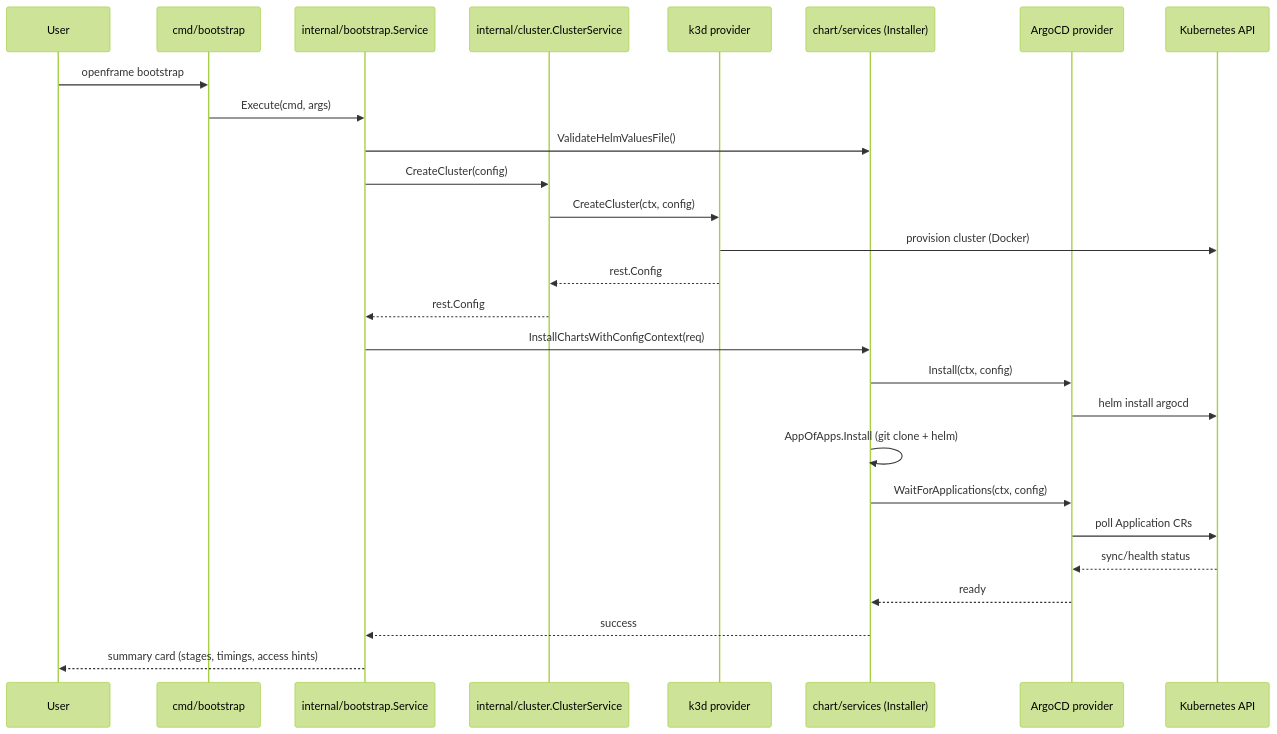
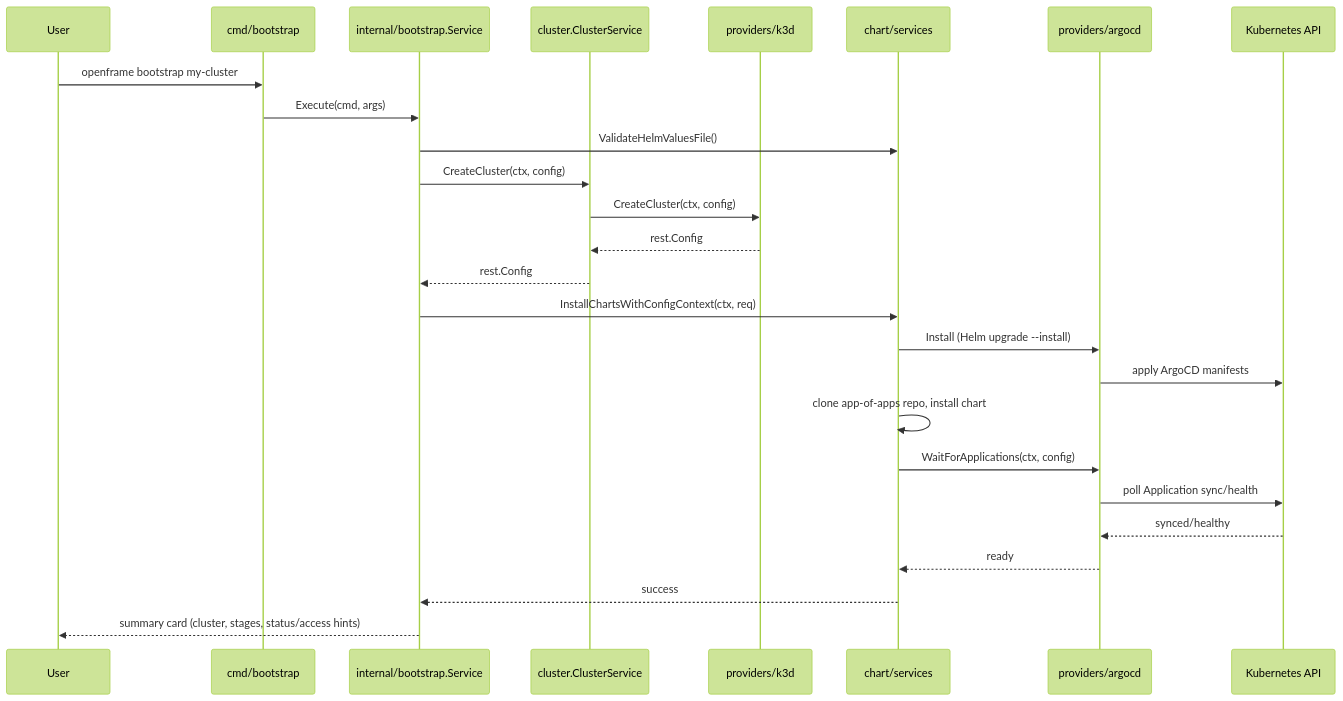
Before and after one commit to flamingo-stack/openframe-cli: the diagram in docs/diagrams/architecture/bootstrap-sequence.mmd, drawn with Mermaid (forest theme). The commit also changed 27 other files, not shown here.

```diff
--- a/docs/diagrams/architecture/bootstrap-sequence.mmd
+++ b/docs/diagrams/architecture/bootstrap-sequence.mmd
@@ -1,28 +1,27 @@
 sequenceDiagram
     participant User
-    participant CLI as cmd/bootstrap
-    participant Boot as internal/bootstrap.Service
-    participant Cluster as internal/cluster.ClusterService
-    participant K3d as k3d provider
-    participant Chart as chart/services (Installer)
-    participant ArgoCD as ArgoCD provider
-    participant K8s as Kubernetes API
+    participant CmdBootstrap as cmd/bootstrap
+    participant BootstrapSvc as internal/bootstrap.Service
+    participant ClusterSvc as cluster.ClusterService
+    participant K3dProvider as providers/k3d
+    participant ChartSvc as chart/services
+    participant ArgoCD as providers/argocd
+    participant K8sAPI as Kubernetes API
 
-    User->>CLI: openframe bootstrap
-    CLI->>Boot: Execute(cmd, args)
-    Boot->>Chart: ValidateHelmValuesFile()
-    Boot->>Cluster: CreateCluster(config)
-    Cluster->>K3d: CreateCluster(ctx, config)
-    K3d->>K8s: provision cluster (Docker)
-    K3d-->>Cluster: rest.Config
-    Cluster-->>Boot: rest.Config
-    Boot->>Chart: InstallChartsWithConfigContext(req)
-    Chart->>ArgoCD: Install(ctx, config)
-    ArgoCD->>K8s: helm install argocd
-    Chart->>Chart: AppOfApps.Install (git clone + helm)
-    Chart->>ArgoCD: WaitForApplications(ctx, config)
-    ArgoCD->>K8s: poll Application CRs
-    K8s-->>ArgoCD: sync/health status
-    ArgoCD-->>Chart: ready
-    Chart-->>Boot: success
-    Boot-->>User: summary card (stages, timings, access hints)
+    User->>CmdBootstrap: openframe bootstrap my-cluster
+    CmdBootstrap->>BootstrapSvc: Execute(cmd, args)
+    BootstrapSvc->>ChartSvc: ValidateHelmValuesFile()
+    BootstrapSvc->>ClusterSvc: CreateCluster(ctx, config)
+    ClusterSvc->>K3dProvider: CreateCluster(ctx, config)
+    K3dProvider-->>ClusterSvc: rest.Config
+    ClusterSvc-->>BootstrapSvc: rest.Config
+    BootstrapSvc->>ChartSvc: InstallChartsWithConfigContext(ctx, req)
+    ChartSvc->>ArgoCD: Install (Helm upgrade --install)
+    ArgoCD->>K8sAPI: apply ArgoCD manifests
+    ChartSvc->>ChartSvc: clone app-of-apps repo, install chart
+    ChartSvc->>ArgoCD: WaitForApplications(ctx, config)
+    ArgoCD->>K8sAPI: poll Application sync/health
+    K8sAPI-->>ArgoCD: synced/healthy
+    ArgoCD-->>ChartSvc: ready
+    ChartSvc-->>BootstrapSvc: success
+    BootstrapSvc-->>User: summary card (cluster, stages, status/access hints)
```
